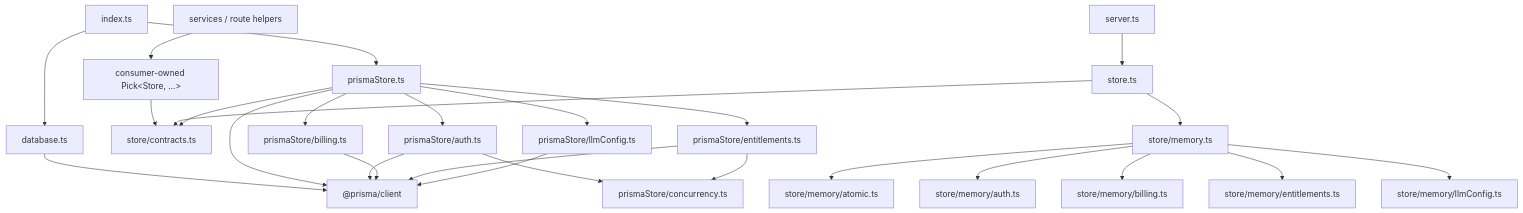
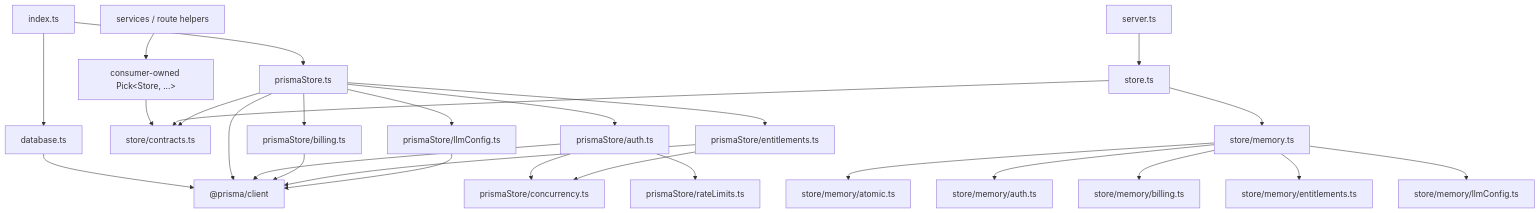
Before and after one commit to jiabai/FrameQ: the diagram in docs/design-docs/2026-07-23-server-store-prisma-module-split.md, drawn with Mermaid. The commit also changed other lines of this file and 67 other files, not shown here.

````diff
--- a/docs/design-docs/2026-07-23-server-store-prisma-module-split.md
+++ b/docs/design-docs/2026-07-23-server-store-prisma-module-split.md
@@ -296,28 +298,29 @@
 ```mermaid
 flowchart TD
   Index["index.ts"] --> PrismaRoot["prismaStore.ts"]
   Index --> Database["database.ts"]
   Database --> PrismaSdk["@prisma/client"]
   Server["server.ts"] --> ContractRoot["store.ts"]
   Consumers["services / route helpers"] --> Narrow["consumer-owned Pick&lt;Store, ...&gt;"]
   Narrow --> Contracts["store/contracts.ts"]
   ContractRoot --> Contracts
   ContractRoot --> MemoryRoot["store/memory.ts"]
   PrismaRoot --> Contracts
   PrismaRoot --> PrismaAuth["prismaStore/auth.ts"]
   PrismaRoot --> PrismaBilling["prismaStore/billing.ts"]
   PrismaRoot --> PrismaEntitlements["prismaStore/entitlements.ts"]
   PrismaRoot --> PrismaConfig["prismaStore/llmConfig.ts"]
   PrismaRoot --> PrismaSdk
   PrismaAuth --> PrismaSdk
   PrismaBilling --> PrismaSdk
   PrismaEntitlements --> PrismaSdk
   PrismaConfig --> PrismaSdk
   PrismaAuth --> Concurrency["prismaStore/concurrency.ts"]
+  PrismaAuth --> RateLimits["prismaStore/rateLimits.ts"]
   PrismaEntitlements --> Concurrency
   MemoryRoot --> Atomic["store/memory/atomic.ts"]
   MemoryRoot --> MemoryAuth["store/memory/auth.ts"]
   MemoryRoot --> MemoryBilling["store/memory/billing.ts"]
   MemoryRoot --> MemoryEntitlements["store/memory/entitlements.ts"]
   MemoryRoot --> MemoryConfig["store/memory/llmConfig.ts"]
 ```
````
